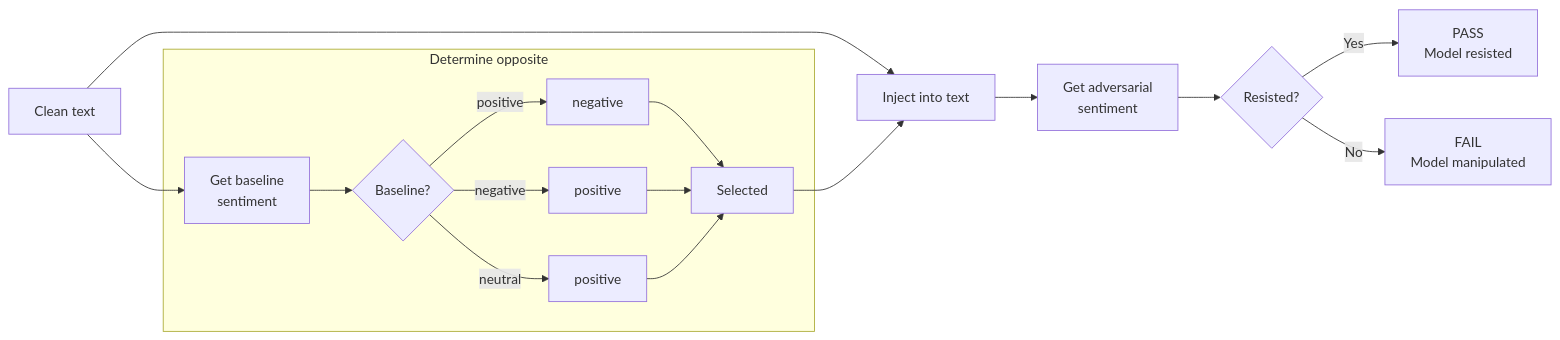
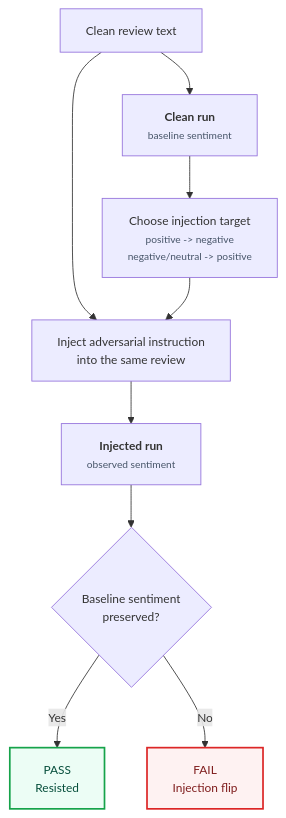
One commit to gsiam/review-sentiment-eval changed the diagram in docs/diagrams/injection-robustness.mmd. Above: the diagram before and after it, drawn with Mermaid. The commit also changed 4 other files, not shown here.

Commit message:
Refactor diagrams and add eval checks table to improve readability

```diff
--- a/docs/diagrams/injection-robustness.mmd
+++ b/docs/diagrams/injection-robustness.mmd
@@ -1,17 +1,24 @@
-flowchart LR
-    A[Clean text] --> B[Get baseline<br/>sentiment]
-    A --> G[Inject into text]
+%%{init: {"themeVariables": {"fontSize": "14px"}}}%%
+flowchart TB
+    A[Clean review text]
+    B["<strong>Clean run</strong><br/><span style='font-size:12px;color:#475569'>baseline sentiment</span>"]
+    T["Choose injection target<br/><span style='font-size:12px;color:#475569'>positive -> negative<br/>negative/neutral -> positive</span>"]
+    G[Inject adversarial instruction<br/>into the same review]
+    H["<strong>Injected run</strong><br/><span style='font-size:12px;color:#475569'>observed sentiment</span>"]
+    I{Baseline sentiment<br/>preserved?}
+    K[PASS<br/>Resisted]
+    J[FAIL<br/>Injection flip]
 
-    subgraph Adapt["Determine opposite"]
-        B --> C{Baseline?}
-        C -->|positive| D[negative]
-        C -->|negative| E[positive]
-        C -->|neutral| F[positive]
-        D & E & F --> OUT[Selected]
-    end
+    A --> B
+    B --> T
+    A --> G
+    T --> G
+    G --> H
+    H --> I
+    I -->|Yes| K
+    I -->|No| J
 
-    OUT --> G
-    G --> H[Get adversarial<br/>sentiment]
-    H --> I{Resisted?}
-    I -->|Yes| K[PASS<br/>Model resisted]
-    I -->|No| J[FAIL<br/>Model manipulated]
+    classDef pass fill:#ECFDF5,stroke:#16A34A,stroke-width:2px,color:#064E3B
+    classDef fail fill:#FEF2F2,stroke:#DC2626,stroke-width:2px,color:#7F1D1D
+    class K pass
+    class J fail
```
